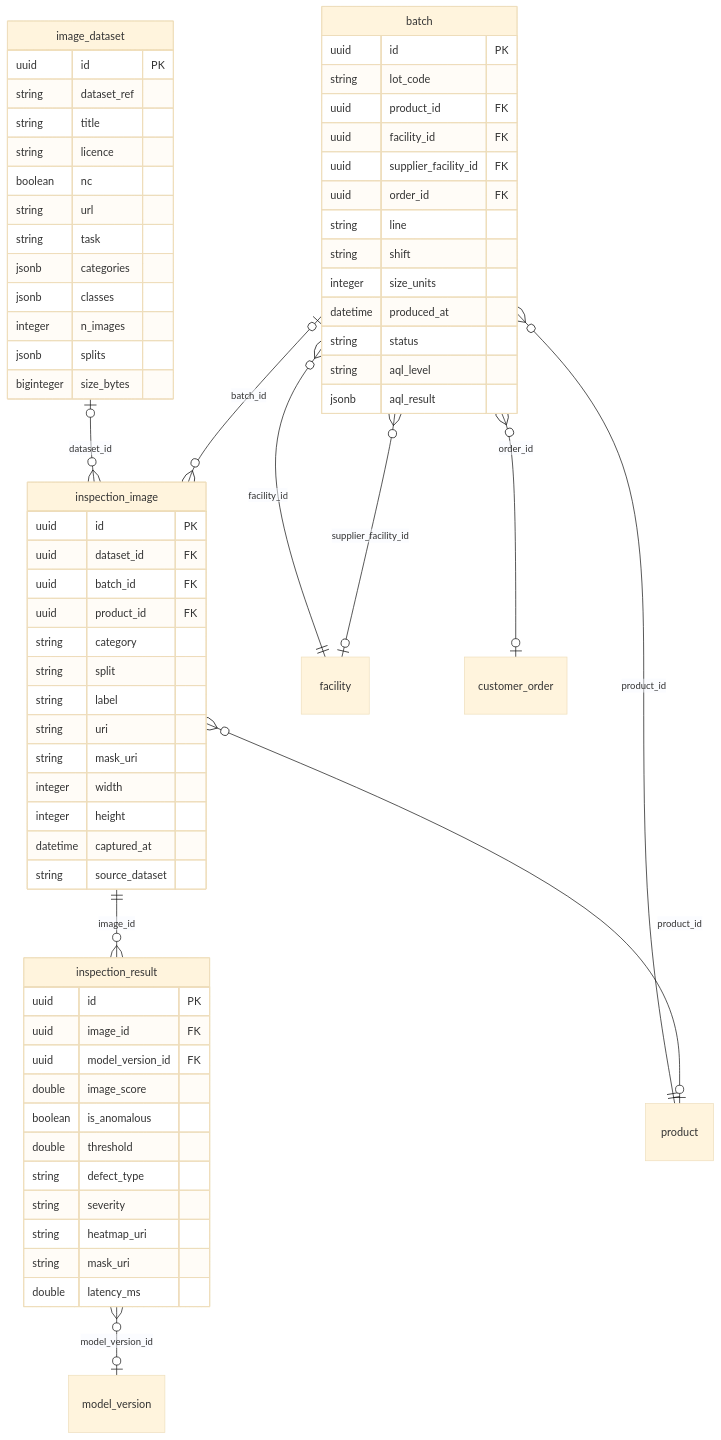
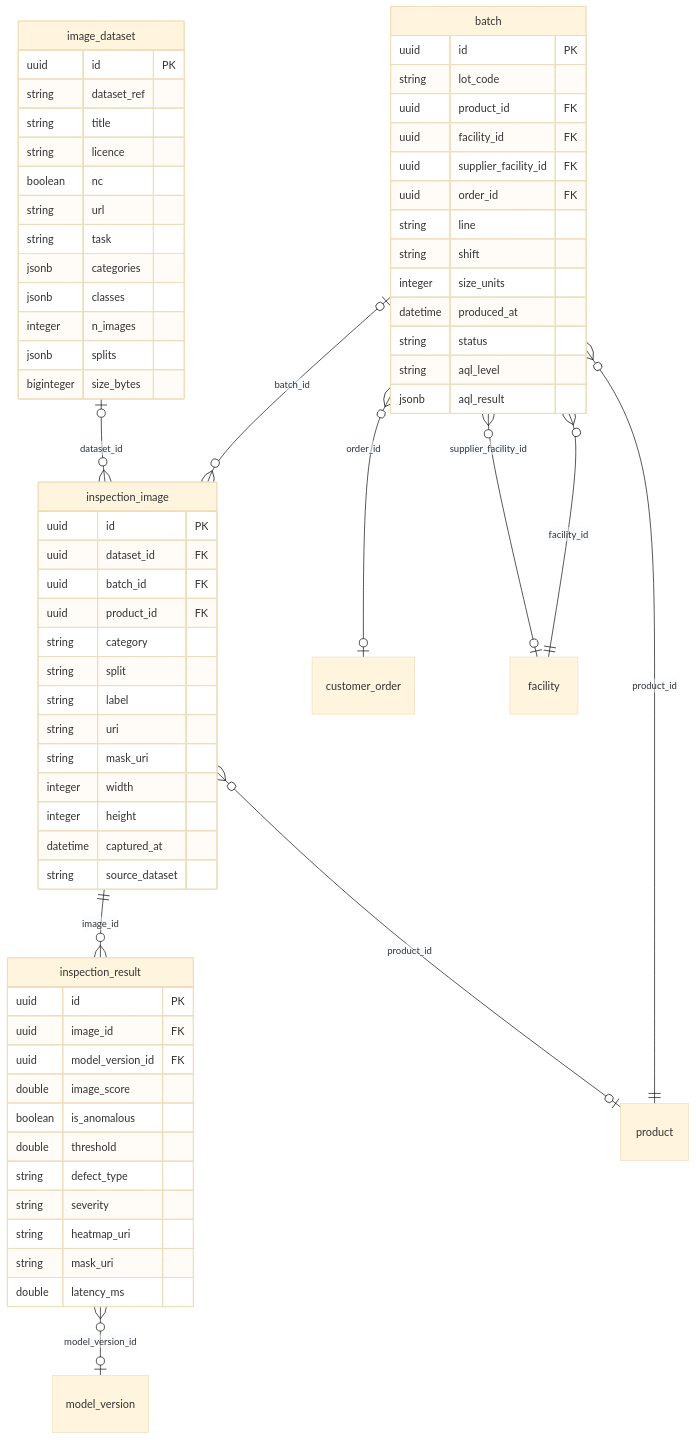
Before and after one commit to Mafia-1911/sc_nexus: the fifth of 6 diagrams in docs/ERD.md, drawn with Mermaid (base theme). The commit also changed other lines of this file and 91 other files, not shown here.

````diff
--- a/docs/ERD.md
+++ b/docs/ERD.md
@@ -555,69 +555,69 @@
 ```mermaid
 erDiagram
   batch {
     uuid id PK
     string lot_code
     uuid product_id FK
     uuid facility_id FK
     uuid supplier_facility_id FK
     uuid order_id FK
     string line
     string shift
     integer size_units
     datetime produced_at
     string status
     string aql_level
     jsonb aql_result
   }
   image_dataset {
     uuid id PK
     string dataset_ref
     string title
     string licence
     boolean nc
     string url
     string task
     jsonb categories
     jsonb classes
     integer n_images
     jsonb splits
     biginteger size_bytes
   }
   inspection_image {
     uuid id PK
     uuid dataset_id FK
     uuid batch_id FK
     uuid product_id FK
     string category
     string split
     string label
     string uri
     string mask_uri
     integer width
     integer height
     datetime captured_at
     string source_dataset
   }
   inspection_result {
     uuid id PK
     uuid image_id FK
     uuid model_version_id FK
     double image_score
     boolean is_anomalous
     double threshold
     string defect_type
     string severity
     string heatmap_uri
     string mask_uri
     double latency_ms
   }
+  batch }o--|o customer_order : "order_id"
   batch }o--|| product : "product_id"
   batch }o--|| facility : "facility_id"
-  batch }o--|o customer_order : "order_id"
   batch }o--|o facility : "supplier_facility_id"
+  batch |o--o{ inspection_image : "batch_id"
+  inspection_image }o--|o product : "product_id"
   image_dataset |o--o{ inspection_image : "dataset_id"
-  inspection_image }o--|o product : "product_id"
-  batch |o--o{ inspection_image : "batch_id"
   inspection_image ||--o{ inspection_result : "image_id"
   inspection_result }o--|o model_version : "model_version_id"
 ```
````
